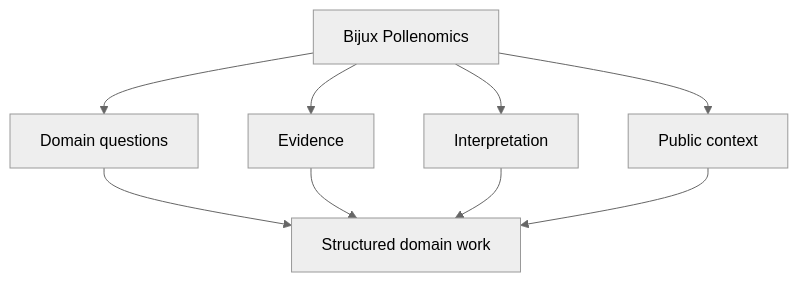
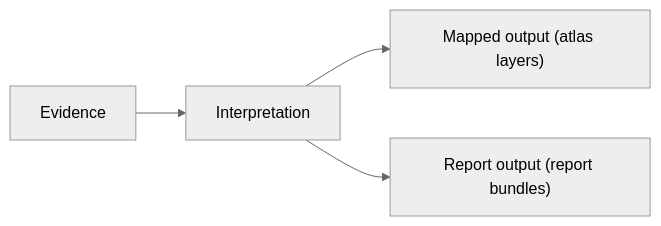
Before and after one commit to bijux/bijux.github.io: the diagram in docs/projects/bijux-pollenomics.md, drawn with Mermaid (neutral theme). The commit also changed other lines of this file, not shown here.

Commit message:
docs(pollenomics): add evidence-to-output flow diagram for domain readability

````diff
--- a/docs/projects/bijux-pollenomics.md
+++ b/docs/projects/bijux-pollenomics.md
@@ -43,12 +43,6 @@
 ```mermaid
-graph TD
-    pollenomics["Bijux Pollenomics"] --> questions["Domain questions"]
-    pollenomics --> evidence["Evidence"]
-    pollenomics --> interpretation["Interpretation"]
-    pollenomics --> context["Public context"]
-
-    questions --> domain_work["Structured domain work"]
-    evidence --> domain_work
-    interpretation --> domain_work
-    context --> domain_work
+graph LR
+    evidence["Evidence"] --> interpretation["Interpretation"]
+    interpretation --> mapped_output["Mapped output (atlas layers)"]
+    interpretation --> report_output["Report output (report bundles)"]
 ```
````
